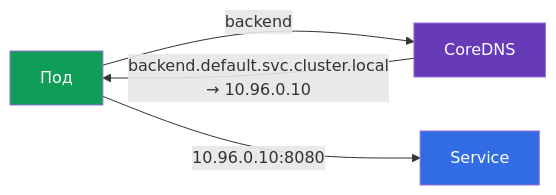
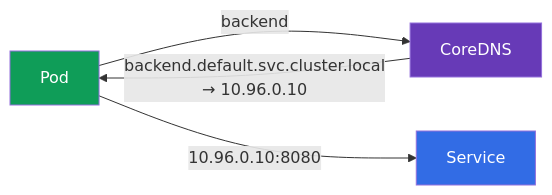
Before and after one commit to ViktorUJ/cks: diagram 11 of 11 in tasks/cka/course/07/ru.md, drawn with Mermaid. The commit also changed other lines of this file and 15 other files, not shown here.

````diff
--- a/tasks/cka/course/07/ru.md
+++ b/tasks/cka/course/07/ru.md
@@ -317,9 +398,9 @@
 ```mermaid
 flowchart LR
-    pod["Под"] -->|"backend"| dns["CoreDNS"]
+    pod["Pod"] -->|"backend"| dns["CoreDNS"]
     dns -->|"backend.default.svc.cluster.local<br>→ 10.96.0.10"| pod
     pod -->|"10.96.0.10:8080"| svc["Service"]
     style pod fill:#0f9d58,color:#fff
     style dns fill:#673ab7,color:#fff
     style svc fill:#326ce5,color:#fff
 ```
````
